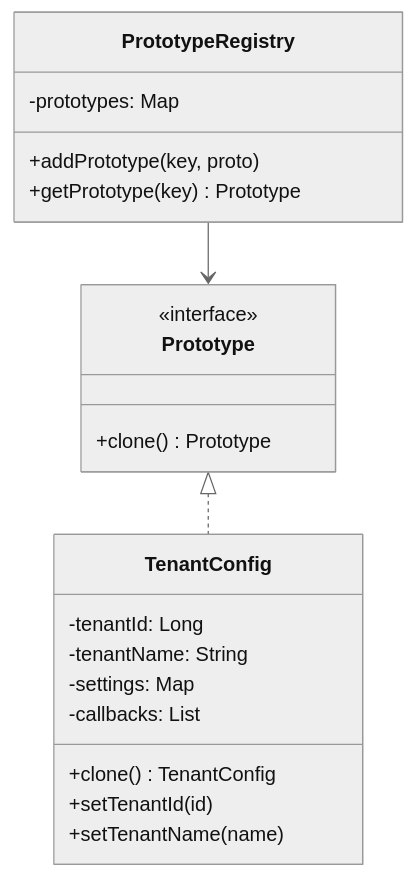
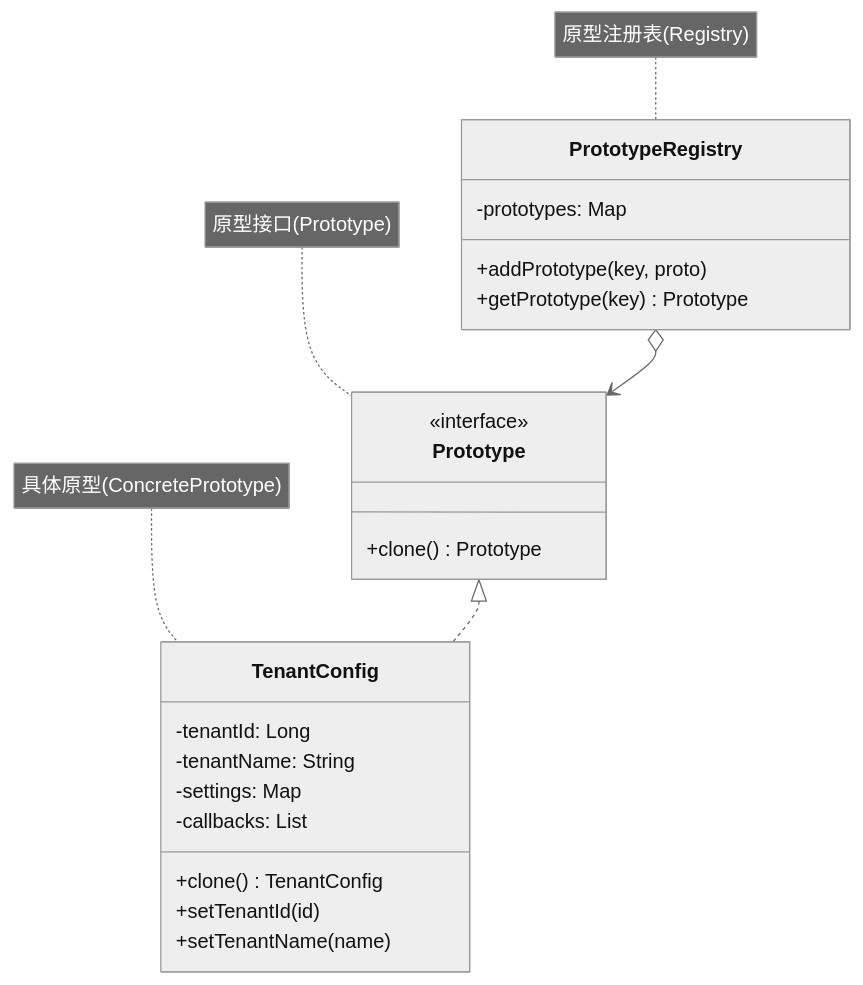
Before and after one commit to luguosong/programming-notes: the diagram in docs/topic/design-patterns/creational-patterns/prototype/index.md, drawn with Mermaid (neutral theme). The commit also changed 23 other files, not shown here.

First line of the commit message:
fix: 修正设计模式 UML 箭头类型并添加角色标注

````diff
--- a/docs/topic/design-patterns/creational-patterns/prototype/index.md
+++ b/docs/topic/design-patterns/creational-patterns/prototype/index.md
@@ -31,23 +31,26 @@
 ```mermaid
 classDiagram
     class Prototype {
         <<interface>>
         +clone() Prototype
     }
     class TenantConfig {
         -tenantId: Long
         -tenantName: String
         -settings: Map
         -callbacks: List
         +clone() TenantConfig
         +setTenantId(id)
         +setTenantName(name)
     }
     class PrototypeRegistry {
         -prototypes: Map
         +addPrototype(key, proto)
         +getPrototype(key) Prototype
     }
     Prototype <|.. TenantConfig
-    PrototypeRegistry --> Prototype
+    PrototypeRegistry o--> Prototype
+    note for Prototype "原型接口(Prototype)"
+    note for TenantConfig "具体原型(ConcretePrototype)"
+    note for PrototypeRegistry "原型注册表(Registry)"
 ```
````
